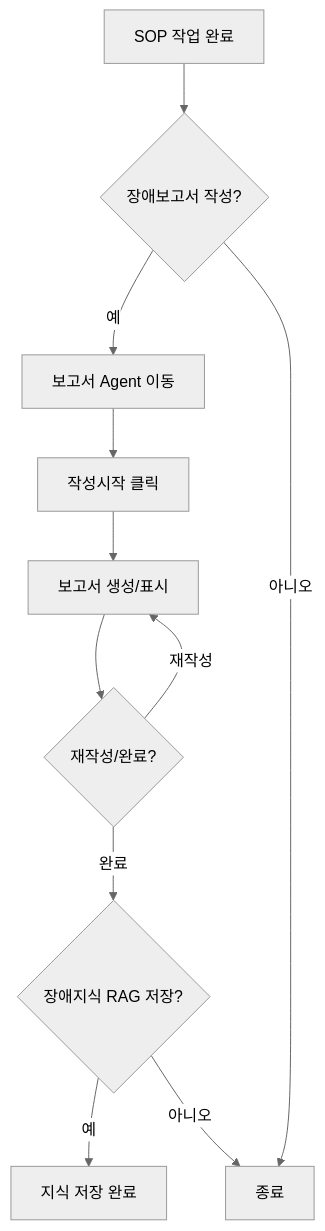
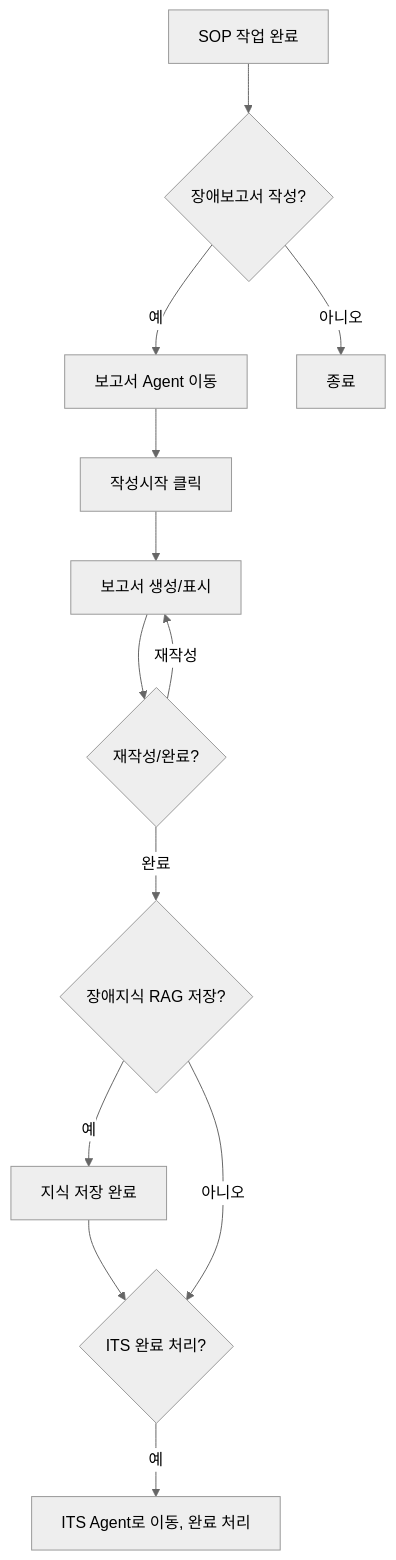
Before and after one commit to honeion/chic-chat: the second of 4 diagrams in docs/SYSTEM_DOCUMENTATION.md, drawn with Mermaid (neutral theme). The commit also changed other lines of this file, not shown here.

````diff
--- a/docs/SYSTEM_DOCUMENTATION.md
+++ b/docs/SYSTEM_DOCUMENTATION.md
@@ -87,13 +101,15 @@
 ```mermaid
 graph TD
     A[SOP 작업 완료] --> B{장애보고서 작성?}
     B -->|예| C[보고서 Agent 이동]
     C --> D[작성시작 클릭]
     D --> E[보고서 생성/표시]
     E --> F{재작성/완료?}
     F -->|재작성| E
     F -->|완료| G{장애지식 RAG 저장?}
     G -->|예| H[지식 저장 완료]
-    G -->|아니오| I[종료]
-    B -->|아니오| I
+    H --> I{ITS 완료 처리?}
+    I -->|예| J[ITS Agent로 이동, 완료 처리]
+    G -->|아니오| I
+    B -->|아니오| K[종료]
 ```
````
